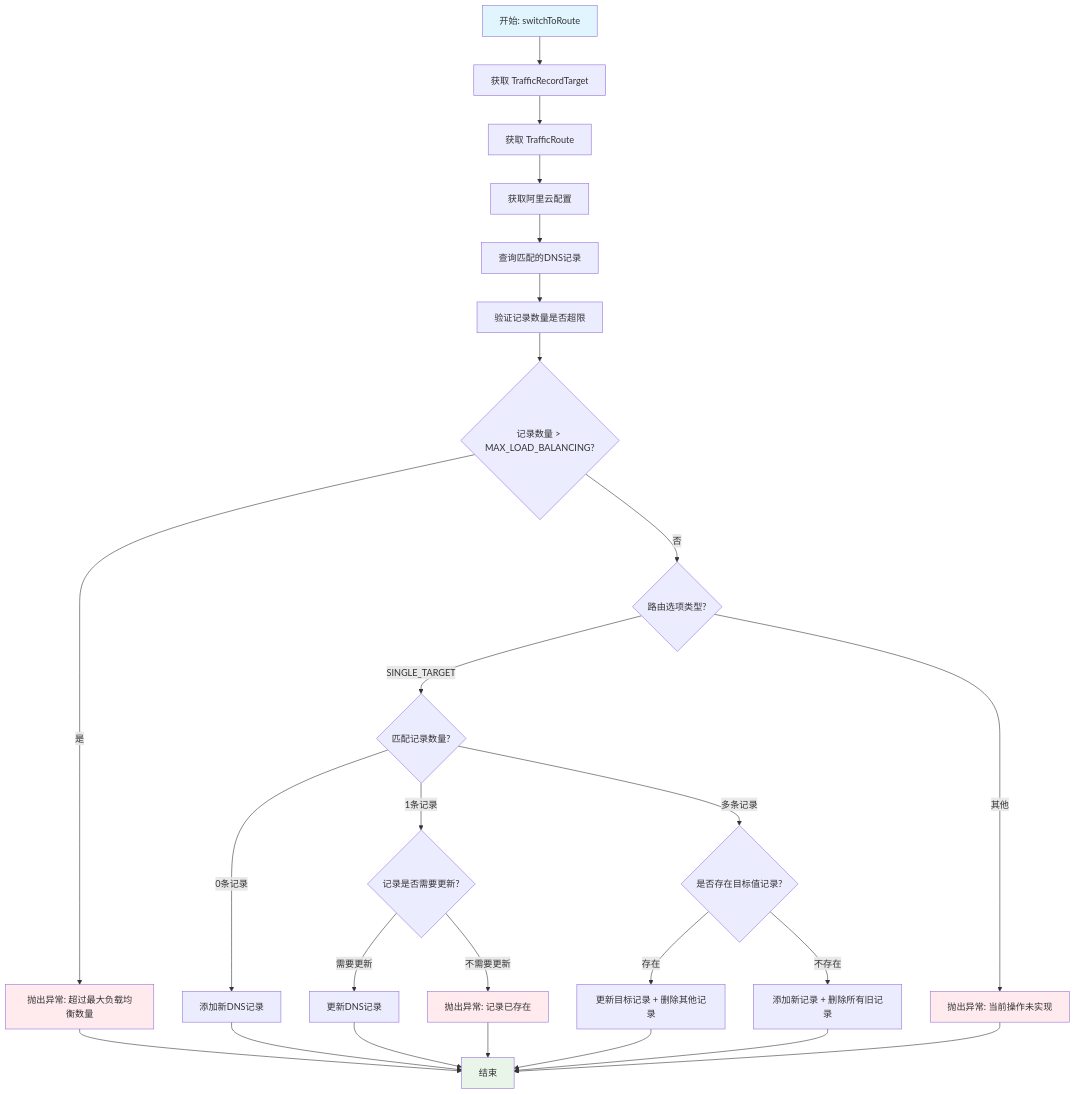
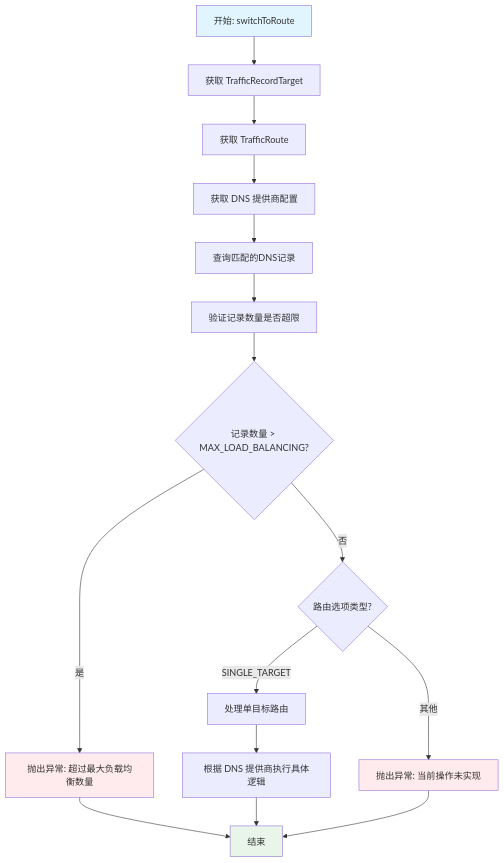
Before and after one commit to ixrjog/cratos: the second of 3 diagrams in docs/switchToRoute-logic.md, drawn with Mermaid. The commit also changed other lines of this file and 41 other files, not shown here.

````diff
--- a/docs/switchToRoute-logic.md
+++ b/docs/switchToRoute-logic.md
@@ -8,39 +80,26 @@
 ```mermaid
 flowchart TD
     A[开始: switchToRoute] --> B[获取 TrafficRecordTarget]
     B --> C[获取 TrafficRoute]
-    C --> D[获取阿里云配置]
+    C --> D[获取 DNS 提供商配置]
     D --> E[查询匹配的DNS记录]
     E --> F[验证记录数量是否超限]
     
     F --> G{记录数量 > MAX_LOAD_BALANCING?}
     G -->|是| H[抛出异常: 超过最大负载均衡数量]
     G -->|否| I{路由选项类型?}
     
-    I -->|SINGLE_TARGET| J{匹配记录数量?}
+    I -->|SINGLE_TARGET| J[处理单目标路由]
     I -->|其他| K[抛出异常: 当前操作未实现]
     
-    J -->|0条记录| L[添加新DNS记录]
-    J -->|1条记录| M{记录是否需要更新?}
-    J -->|多条记录| N{是否存在目标值记录?}
+    J --> L[根据 DNS 提供商执行具体逻辑]
+    L --> M[结束]
     
-    M -->|需要更新| O[更新DNS记录]
-    M -->|不需要更新| P[抛出异常: 记录已存在]
-    
-    N -->|存在| Q[更新目标记录 + 删除其他记录]
-    N -->|不存在| R[添加新记录 + 删除所有旧记录]
-    
-    L --> S[结束]
-    O --> S
-    P --> S
-    Q --> S
-    R --> S
-    H --> S
-    K --> S
+    H --> M
+    K --> M
     
     style A fill:#e1f5fe
-    style S fill:#e8f5e8
+    style M fill:#e8f5e8
     style H fill:#ffebee
     style K fill:#ffebee
-    style P fill:#ffebee
 ```
````
